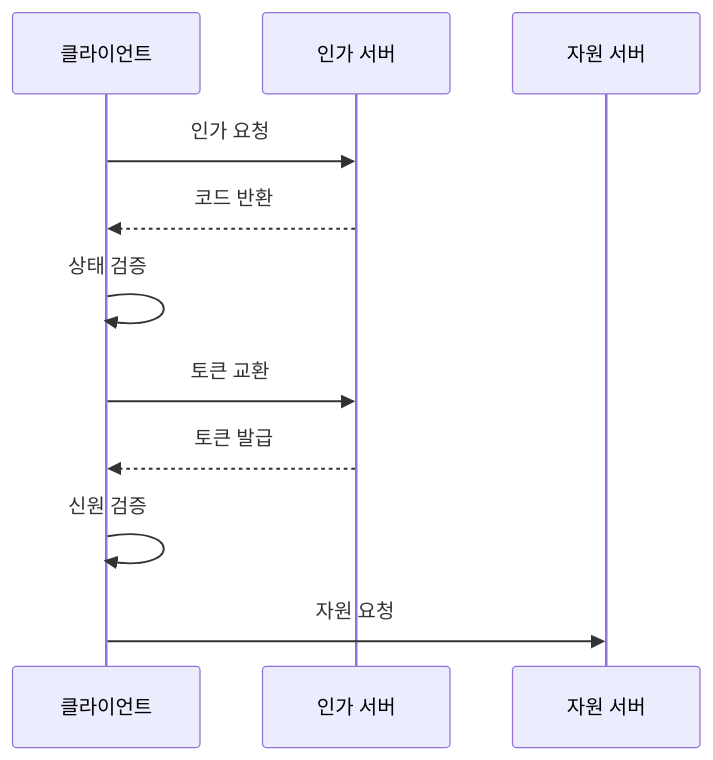
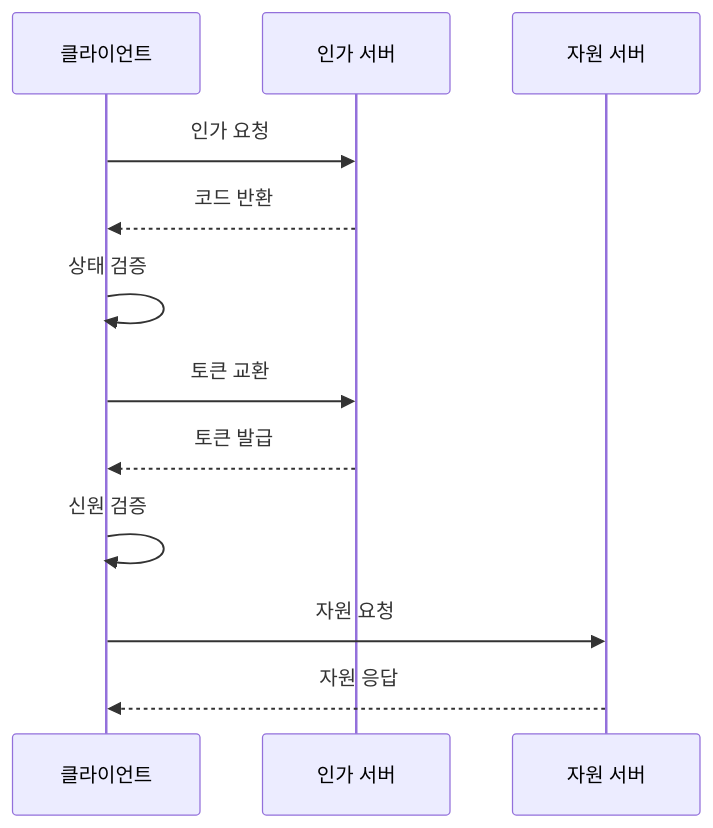
One commit to agnusdei1207/knowledge-base changed the second of 2 diagrams in src/content/docs/notes/03-software/174_oauth2_oidc.md. Above: the diagram before and after it, drawn with Mermaid. The commit also changed other lines of this file and 7 other files, not shown here.

````diff
--- a/src/content/docs/notes/03-software/174_oauth2_oidc.md
+++ b/src/content/docs/notes/03-software/174_oauth2_oidc.md
@@ -78,13 +76,14 @@
 ```mermaid
 sequenceDiagram
     participant C as 클라이언트
     participant A as 인가 서버
     participant R as 자원 서버
     C->>A: 인가 요청
     A-->>C: 코드 반환
     C->>C: 상태 검증
     C->>A: 토큰 교환
     A-->>C: 토큰 발급
     C->>C: 신원 검증
     C->>R: 자원 요청
+    R-->>C: 자원 응답
 ```
````
